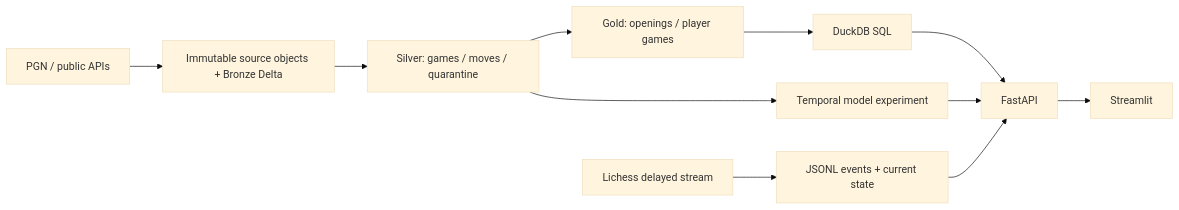
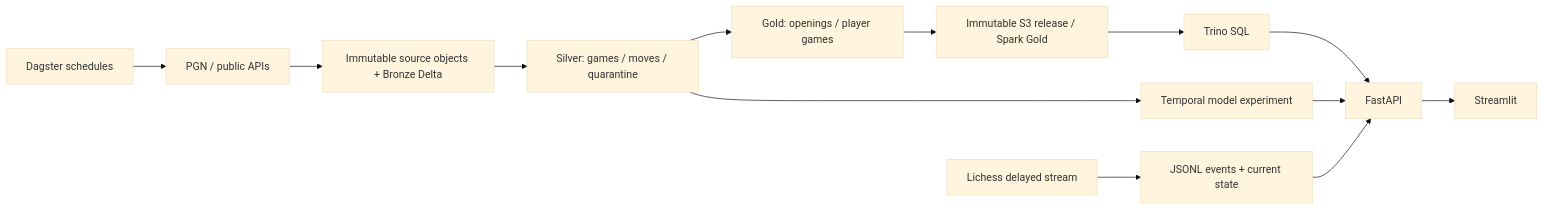
One commit to dattrong-20/chess4f changed the diagram in README.md. Above: the diagram before and after it, drawn with Mermaid (base theme). The commit also changed other lines of this file and 16 other files, not shown here.

Commit message:
Add Dagster orchestration and Trino-only analytical serving

````diff
--- a/README.md
+++ b/README.md
@@ -34,13 +35,15 @@
 ```mermaid
 flowchart LR
   A[PGN / public APIs] --> B[Immutable source objects + Bronze Delta]
   B --> C[Silver: games / moves / quarantine]
   C --> D[Gold: openings / player games]
-  D --> E[DuckDB SQL]
+  D --> K[Immutable S3 release / Spark Gold]
+  K --> E[Trino SQL]
+  O[Dagster schedules] --> A
   E --> F[FastAPI]
   F --> G[Streamlit]
   C --> H[Temporal model experiment]
   H --> F
   I[Lichess delayed stream] --> J[JSONL events + current state]
   J --> F
 ```
````
